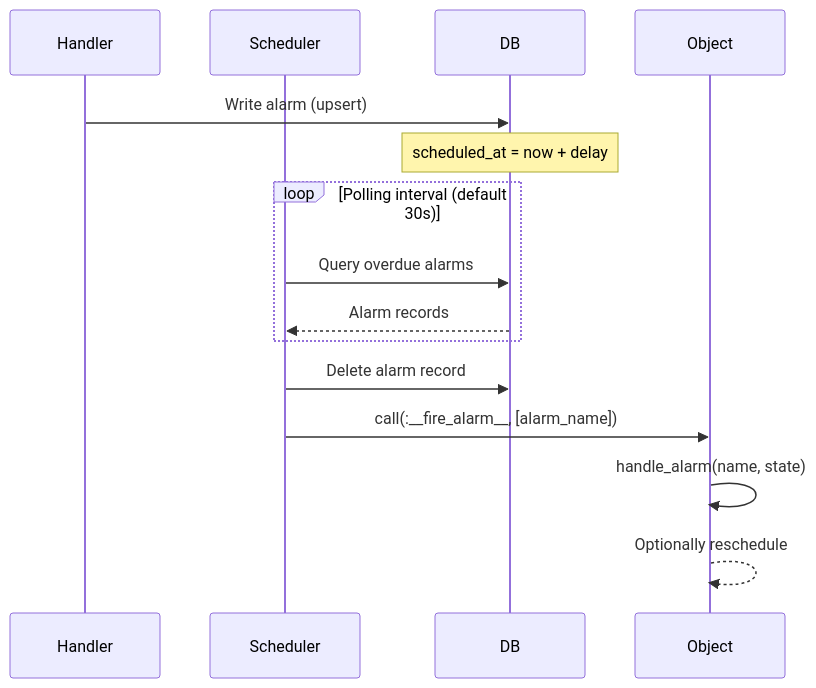
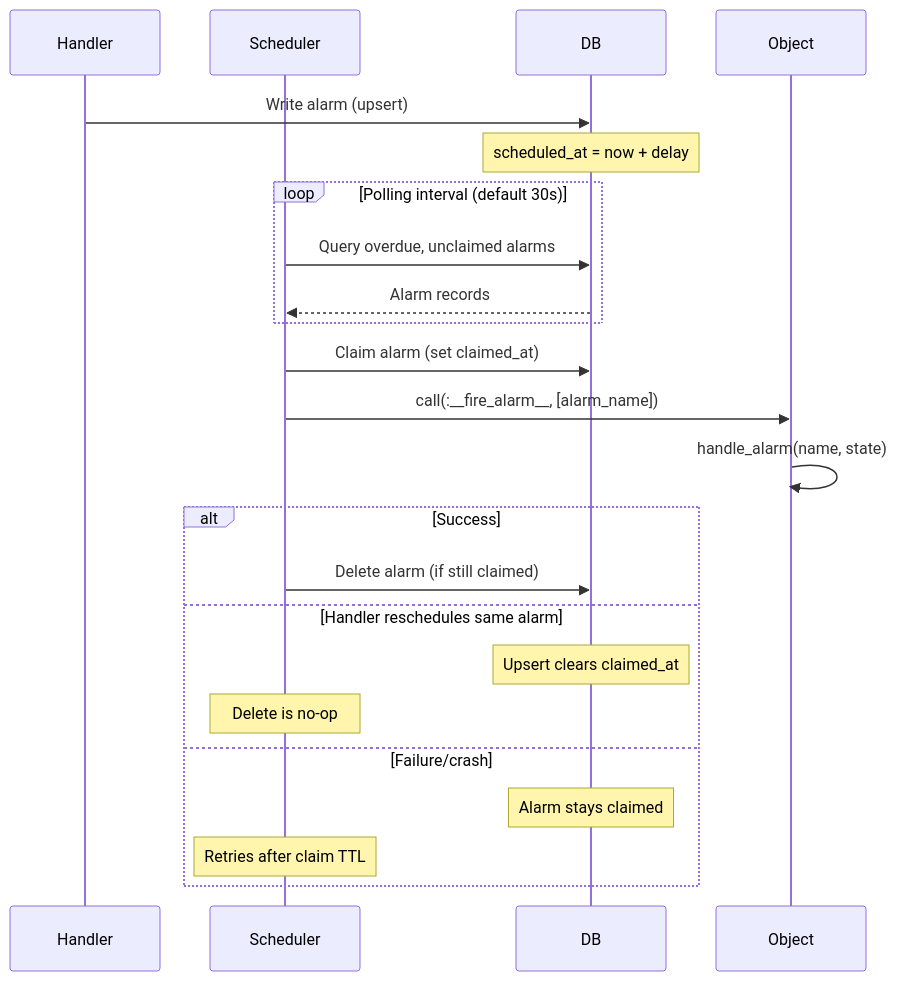
The third of 3 diagrams in guides/lifecycle.md (ChristianAlexander/durable_object), drawn with Mermaid before and after one commit. The commit also changed other lines of this file and 2 other files, not shown here.

First line of the commit message:
docs: document claim-based alarm handling and crash recovery

````diff
--- a/guides/lifecycle.md
+++ b/guides/lifecycle.md
@@ -101,18 +101,26 @@
 ```mermaid
 sequenceDiagram
     participant Handler
     participant Scheduler
     participant DB
     participant Object
 
     Handler->>DB: Write alarm (upsert)
     Note over DB: scheduled_at = now + delay
     loop Polling interval (default 30s)
-        Scheduler->>DB: Query overdue alarms
+        Scheduler->>DB: Query overdue, unclaimed alarms
         DB-->>Scheduler: Alarm records
     end
-    Scheduler->>DB: Delete alarm record
+    Scheduler->>DB: Claim alarm (set claimed_at)
     Scheduler->>Object: call(:__fire_alarm__, [alarm_name])
     Object->>Object: handle_alarm(name, state)
-    Object-->>Object: Optionally reschedule
+    alt Success
+        Scheduler->>DB: Delete alarm (if still claimed)
+    else Handler reschedules same alarm
+        Note over DB: Upsert clears claimed_at
+        Note over Scheduler: Delete is no-op
+    else Failure/crash
+        Note over DB: Alarm stays claimed
+        Note over Scheduler: Retries after claim TTL
+    end
 ```
````
